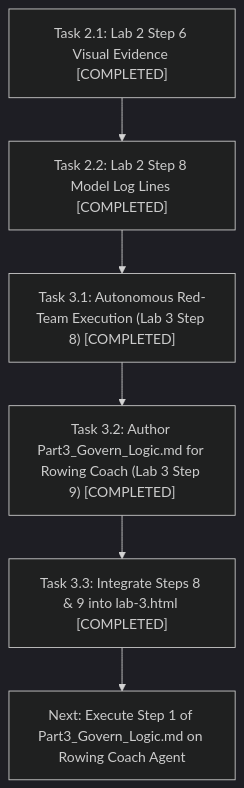
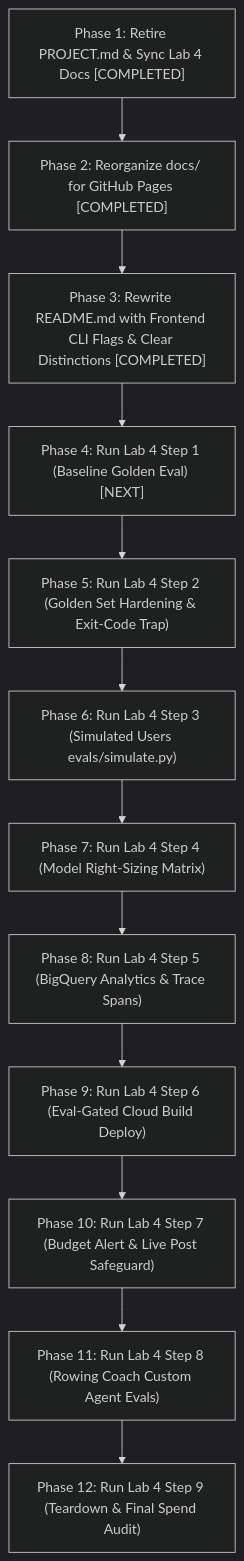
Before and after one commit to duncmon/ai-devcamp-labs: the diagram in PROGRESS.md, drawn with Mermaid (dark theme). The commit also changed other lines of this file and 48 other files, not shown here.

Commit message:
docs(portfolio): segregate instructor docs to docs/instructor/, publish walkthrough portfolio to docs/ with GitHub Pages support, retire PROJECT.md, and structure Lab 4 in PROGRESS.md

````diff
--- a/PROGRESS.md
+++ b/PROGRESS.md
@@ -160,8 +195,14 @@
 ```mermaid
 flowchart TD
-    T1["Task 2.1: Lab 2 Step 6 Visual Evidence [COMPLETED]"] --> T2["Task 2.2: Lab 2 Step 8 Model Log Lines [COMPLETED]"]
-    T2 --> T3["Task 3.1: Autonomous Red-Team Execution (Lab 3 Step 8) [COMPLETED]"]
-    T3 --> T4["Task 3.2: Author Part3_Govern_Logic.md for Rowing Coach (Lab 3 Step 9) [COMPLETED]"]
-    T4 --> T5["Task 3.3: Integrate Steps 8 & 9 into lab-3.html [COMPLETED]"]
-    T5 --> T6["Next: Execute Step 1 of Part3_Govern_Logic.md on Rowing Coach Agent"]
+    T0["Phase 1: Retire PROJECT.md & Sync Lab 4 Docs [COMPLETED]"] --> T1["Phase 2: Reorganize docs/ for GitHub Pages [COMPLETED]"]
+    T1 --> T2["Phase 3: Rewrite README.md with Frontend CLI Flags & Clear Distinctions [COMPLETED]"]
+    T2 --> T3["Phase 4: Run Lab 4 Step 1 (Baseline Golden Eval) [NEXT]"]
+    T3 --> T4["Phase 5: Run Lab 4 Step 2 (Golden Set Hardening & Exit-Code Trap)"]
+    T4 --> T5["Phase 6: Run Lab 4 Step 3 (Simulated Users evals/simulate.py)"]
+    T5 --> T6["Phase 7: Run Lab 4 Step 4 (Model Right-Sizing Matrix)"]
+    T6 --> T7["Phase 8: Run Lab 4 Step 5 (BigQuery Analytics & Trace Spans)"]
+    T7 --> T8["Phase 9: Run Lab 4 Step 6 (Eval-Gated Cloud Build Deploy)"]
+    T8 --> T9["Phase 10: Run Lab 4 Step 7 (Budget Alert & Live Post Safeguard)"]
+    T9 --> T10["Phase 11: Run Lab 4 Step 8 (Rowing Coach Custom Agent Evals)"]
+    T10 --> T11["Phase 12: Run Lab 4 Step 9 (Teardown & Final Spend Audit)"]
 ```
````
